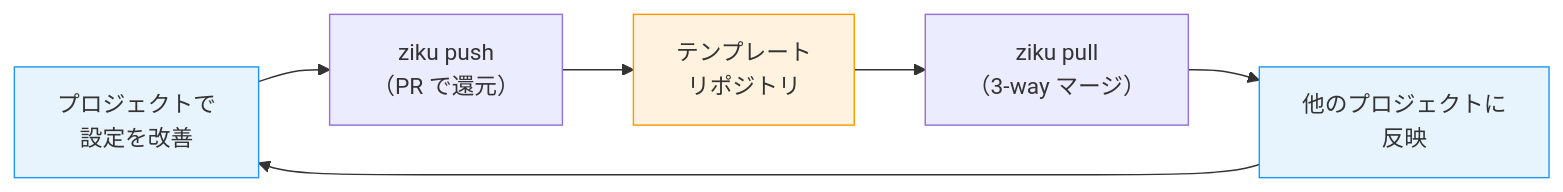
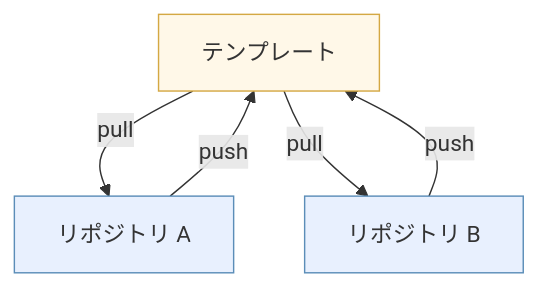
Before and after one commit to tktcorporation/zenn-contents: the first of 6 diagrams in articles/ziku-bidirectional-template-manager.md, drawn with Mermaid. The commit also changed other lines of this file, not shown here.

````diff
--- a/articles/ziku-bidirectional-template-manager.md
+++ b/articles/ziku-bidirectional-template-manager.md
@@ -48,12 +49,11 @@
 ```mermaid
-graph LR
-    A["プロジェクトで<br/>設定を改善"] --> B["ziku push<br/>（PR で還元）"]
-    B --> C["テンプレート<br/>リポジトリ"]
-    C --> D["ziku pull<br/>（3-way マージ）"]
-    D --> E["他のプロジェクトに<br/>反映"]
-    E --> A
+graph TB
+    T["テンプレート"] -- pull --> A["リポジトリ A"]
+    T -- pull --> B["リポジトリ B"]
+    A -- push --> T
+    B -- push --> T
 
-    style A fill:#e8f4fd,stroke:#2196F3
-    style C fill:#fff3e0,stroke:#FF9800
-    style E fill:#e8f4fd,stroke:#2196F3
+    style T fill:#fff8e8,stroke:#d4a843
+    style A fill:#e8f0fe,stroke:#5b8db8
+    style B fill:#e8f0fe,stroke:#5b8db8
 ```
````
